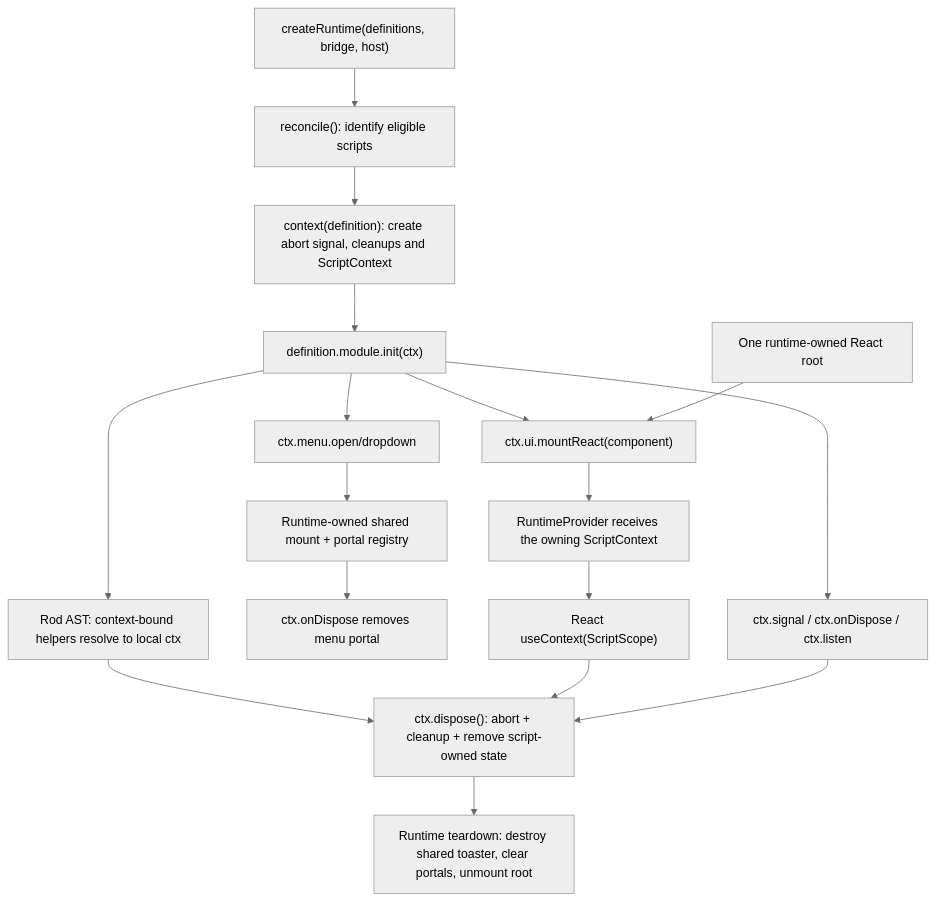
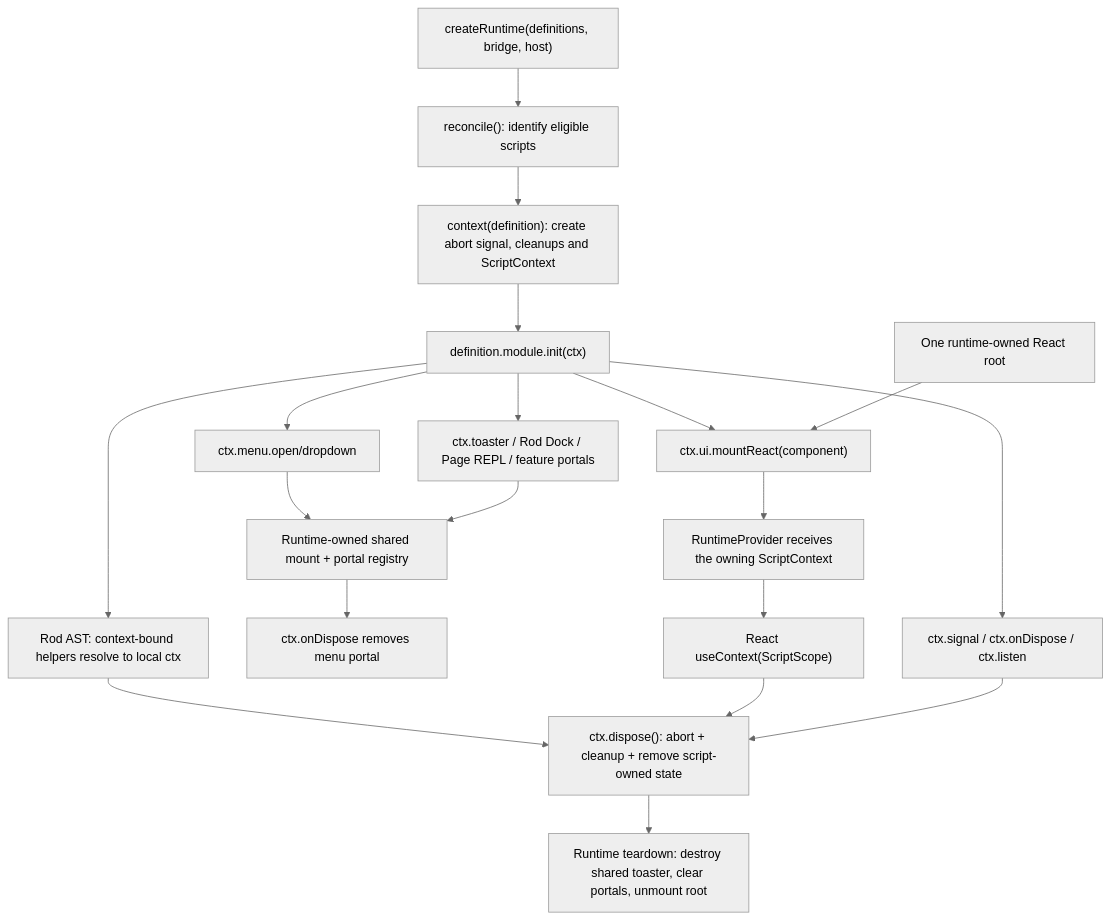
The first of 2 diagrams in docs/context-and-optimization.md (rodkisten/userscripts-cf), drawn with Mermaid (neutral theme) before and after one commit. The commit also changed other lines of this file, not shown here.

Commit message:
docs(runtime): extend shared-root lifecycle diagram

````diff
--- a/docs/context-and-optimization.md
+++ b/docs/context-and-optimization.md
@@ -9,19 +9,21 @@
 ```mermaid
 flowchart TD
     A["createRuntime(definitions, bridge, host)"] --> B["reconcile(): identify eligible scripts"]
     B --> C["context(definition): create abort signal, cleanups and ScriptContext"]
     C --> D["definition.module.init(ctx)"]
     D --> E["Rod AST: context-bound helpers resolve to local ctx"]
     D --> F["ctx.ui.mountReact(component)"]
     D --> M["ctx.menu.open/dropdown"]
     M --> N["Runtime-owned shared mount + portal registry"]
+    D --> T["ctx.toaster / Rod Dock / Page REPL / feature portals"]
+    T --> N
     N --> O["ctx.onDispose removes menu portal"]
     F --> G["RuntimeProvider receives the owning ScriptContext"]
     G --> H["React useContext(ScriptScope)"]
     D --> I["ctx.signal / ctx.onDispose / ctx.listen"]
     E --> J["ctx.dispose(): abort + cleanup + remove script-owned state"]
     H --> J
     I --> J
     R["One runtime-owned React root"] --> F
     J --> K["Runtime teardown: destroy shared toaster, clear portals, unmount root"]
 ```
````
